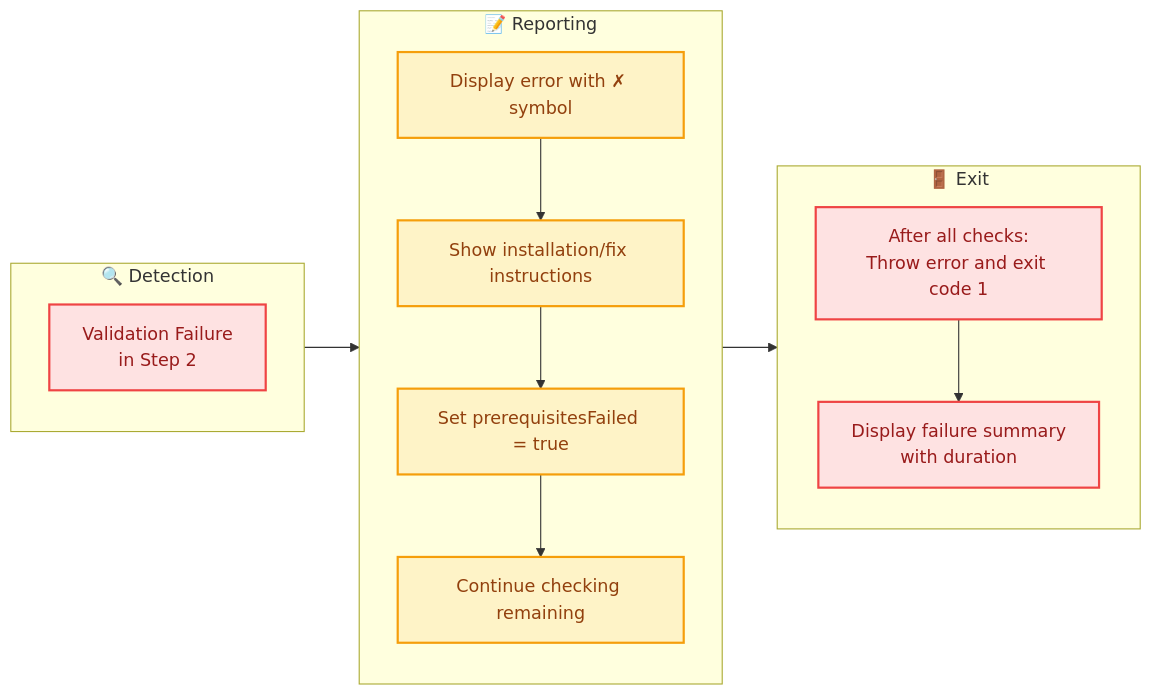
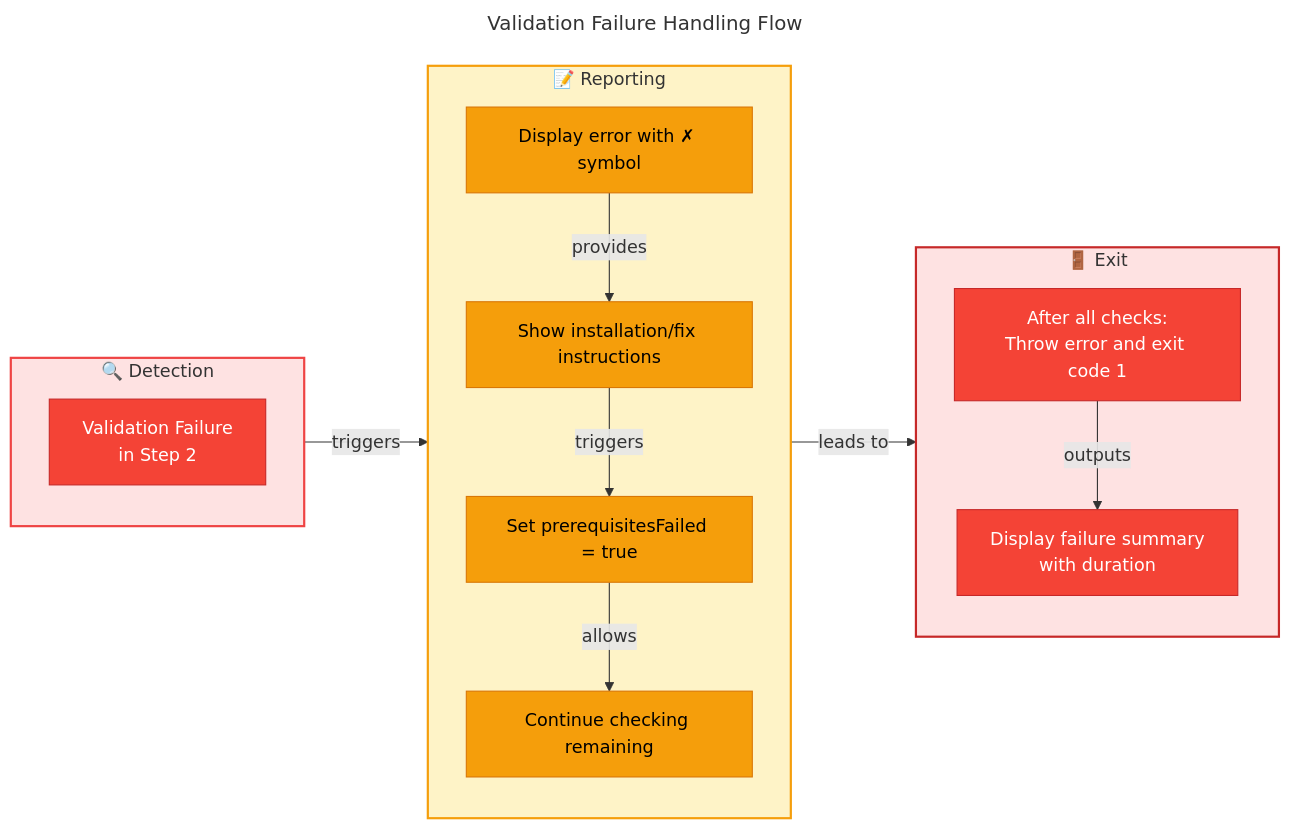
One commit to Evilazaro/Azure-LogicApps-Monitoring changed the fifth of 7 diagrams in docs/hooks/VALIDATION-WORKFLOW.md. Above: the diagram before and after it, drawn with Mermaid. The commit also changed other lines of this file, not shown here.

Commit message:
docs: Enhance mermaid diagrams in VALIDATION-WORKFLOW.md with improved titles, connections, and styling for better clarity and organization

````diff
--- a/docs/hooks/VALIDATION-WORKFLOW.md
+++ b/docs/hooks/VALIDATION-WORKFLOW.md
@@ -339,34 +426,52 @@
 ```mermaid
+---
+title: Validation Failure Handling Flow
+---
 flowchart LR
+    %% ===== CLASS DEFINITIONS =====
+    classDef primary fill:#4F46E5,stroke:#3730A3,color:#FFFFFF
+    classDef secondary fill:#10B981,stroke:#059669,color:#FFFFFF
+    classDef datastore fill:#F59E0B,stroke:#D97706,color:#000000
+    classDef external fill:#6B7280,stroke:#4B5563,color:#FFFFFF,stroke-dasharray: 5 5
+    classDef failed fill:#F44336,stroke:#C62828,color:#FFFFFF
+    classDef trigger fill:#818CF8,stroke:#4F46E5,color:#FFFFFF
+    classDef decision fill:#FFFBEB,stroke:#F59E0B,color:#000000
+    classDef input fill:#F3F4F6,stroke:#6B7280,color:#000000
+
+    %% ===== DETECTION SECTION =====
     subgraph Detection["🔍 Detection"]
         direction TB
         Failure["Validation Failure<br/>in Step 2"]
     end
+    style Detection fill:#FEE2E2,stroke:#EF4444,stroke-width:2px
 
+    %% ===== REPORTING SECTION =====
     subgraph Reporting["📝 Reporting"]
         direction TB
         Display["Display error with ✗ symbol"]
         Instructions["Show installation/fix instructions"]
         SetFlag["Set prerequisitesFailed = true"]
         Continue["Continue checking remaining"]
-        Display --> Instructions
-        Instructions --> SetFlag
-        SetFlag --> Continue
+        Display -->|"provides"| Instructions
+        Instructions -->|"triggers"| SetFlag
+        SetFlag -->|"allows"| Continue
     end
+    style Reporting fill:#FEF3C7,stroke:#F59E0B,stroke-width:2px
 
+    %% ===== EXIT SECTION =====
     subgraph ExitPhase["🚪 Exit"]
         direction TB
         ThrowError["After all checks:<br/>Throw error and exit code 1"]
         FailureSummary["Display failure summary<br/>with duration"]
-        ThrowError --> FailureSummary
+        ThrowError -->|"outputs"| FailureSummary
     end
+    style ExitPhase fill:#FEE2E2,stroke:#C62828,stroke-width:2px
 
-    Detection --> Reporting
-    Reporting --> ExitPhase
+    %% ===== MAIN FLOW CONNECTIONS =====
+    Detection -->|"triggers"| Reporting
+    Reporting -->|"leads to"| ExitPhase
 
-    classDef failureClass fill:#FEE2E2,stroke:#EF4444,stroke-width:2px,color:#991B1B
-    classDef processClass fill:#FEF3C7,stroke:#F59E0B,stroke-width:2px,color:#92400E
-
-    class Failure,ThrowError,FailureSummary failureClass
-    class Display,Instructions,SetFlag,Continue processClass
+    %% ===== APPLY STYLES =====
+    class Failure,ThrowError,FailureSummary failed
+    class Display,Instructions,SetFlag,Continue datastore
 ```
````
